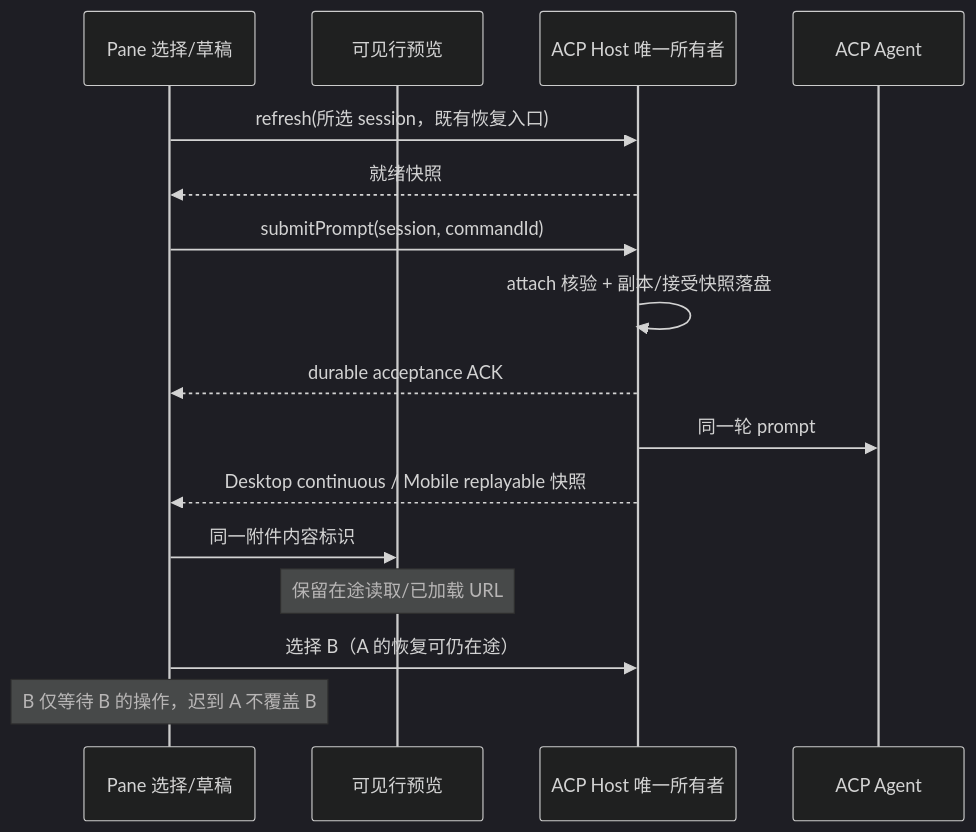
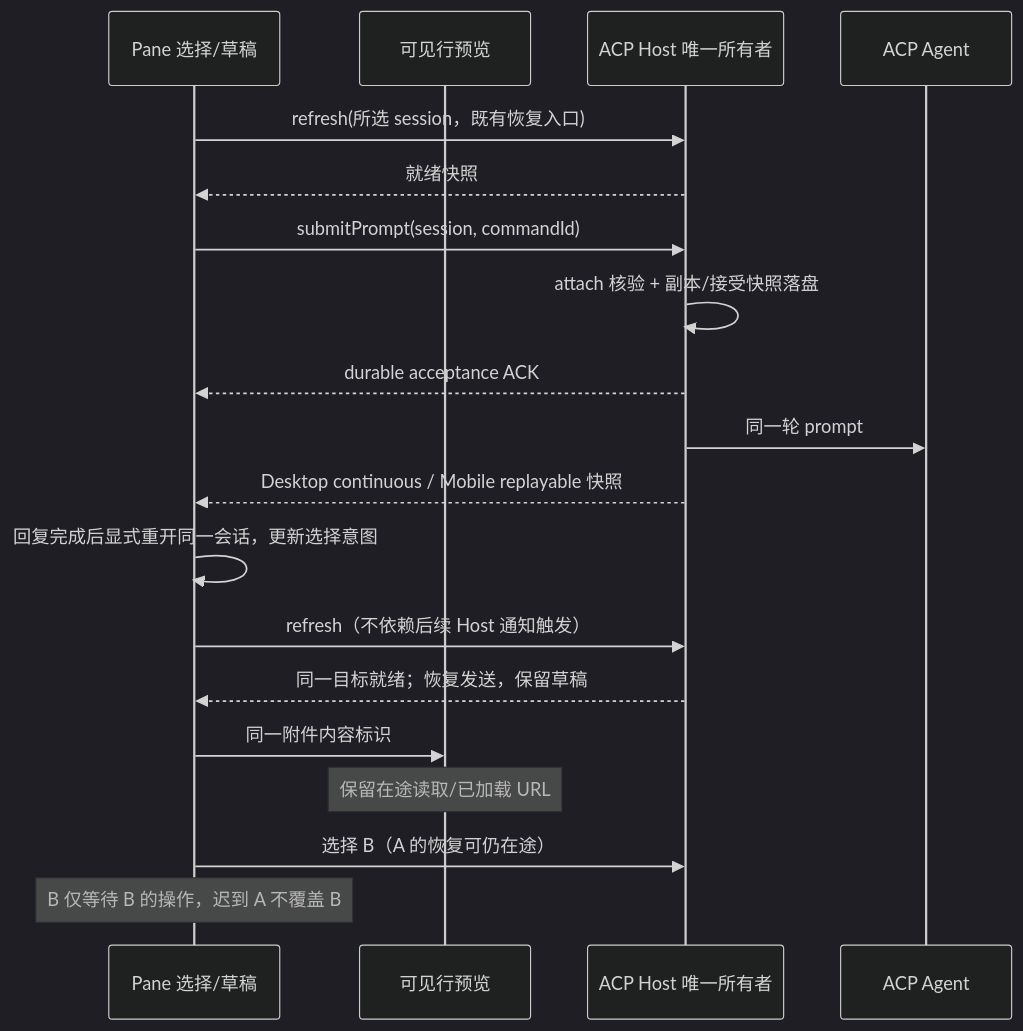
The diagram in docs/specs/acp-interaction-latency.md (caiqiqqq/CodeVori), drawn with Mermaid (dark theme) before and after one commit. The commit also changed other lines of this file and 2 other files, not shown here.

````diff
--- a/docs/specs/acp-interaction-latency.md
+++ b/docs/specs/acp-interaction-latency.md
@@ -11,18 +12,21 @@
 ```mermaid
 sequenceDiagram
   participant UI as Pane 选择/草稿
   participant Media as 可见行预览
   participant Host as ACP Host 唯一所有者
   participant Agent as ACP Agent
   UI->>Host: refresh(所选 session，既有恢复入口)
   Host-->>UI: 就绪快照
   UI->>Host: submitPrompt(session, commandId)
   Host->>Host: attach 核验 + 副本/接受快照落盘
   Host-->>UI: durable acceptance ACK
   Host->>Agent: 同一轮 prompt
   Host-->>UI: Desktop continuous / Mobile replayable 快照
+  UI->>UI: 回复完成后显式重开同一会话，更新选择意图
+  UI->>Host: refresh（不依赖后续 Host 通知触发）
+  Host-->>UI: 同一目标就绪；恢复发送，保留草稿
   UI->>Media: 同一附件内容标识
   Note over Media: 保留在途读取/已加载 URL
   UI->>Host: 选择 B（A 的恢复可仍在途）
   Note over UI: B 仅等待 B 的操作，迟到 A 不覆盖 B
 ```
````
